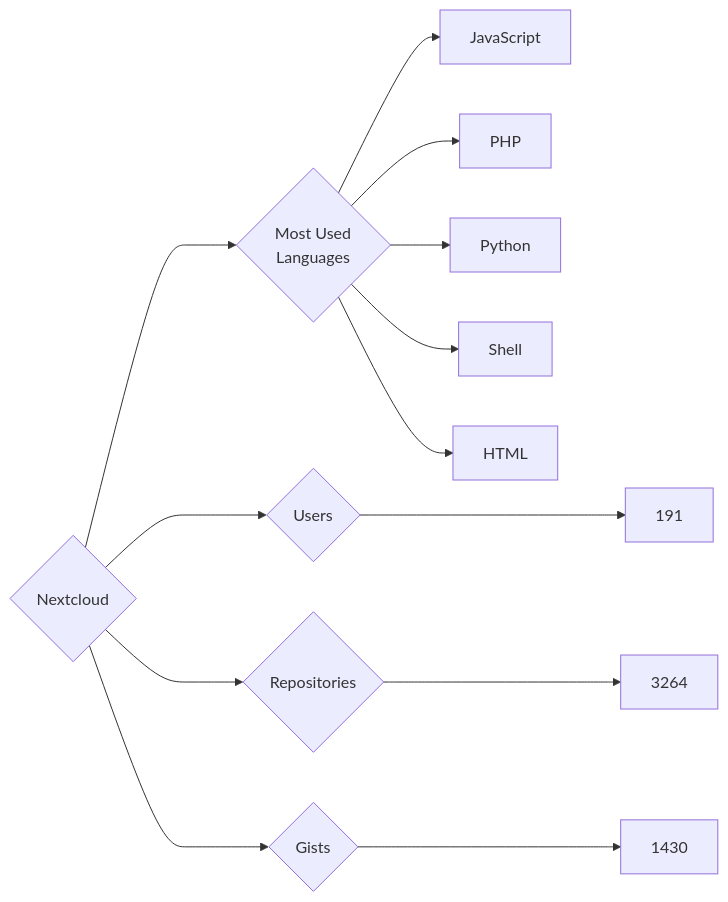
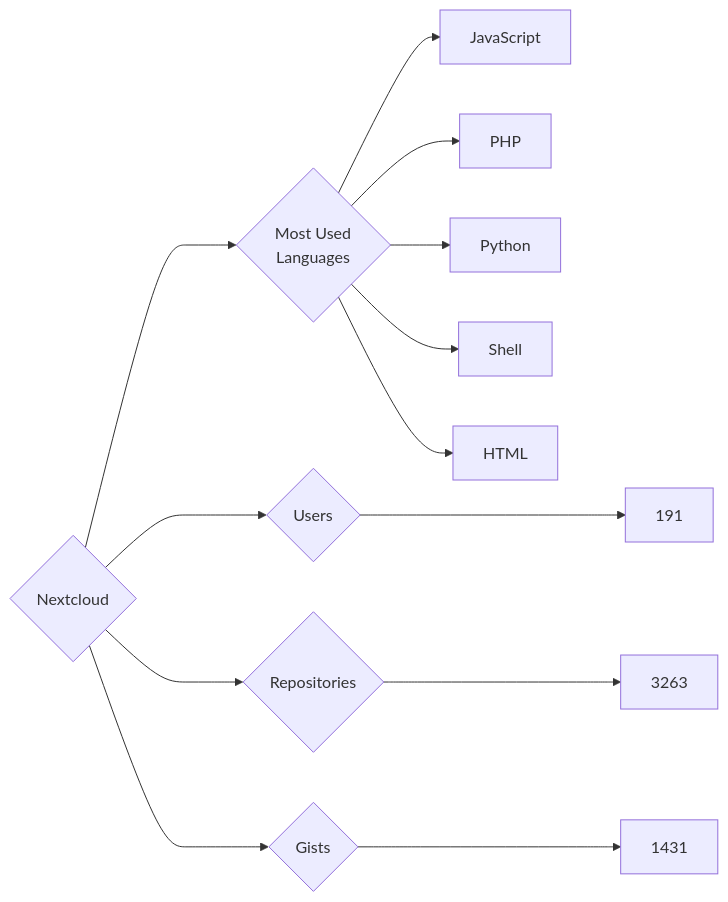
The diagram in targets/Nextcloud/README.md (trickest/insiders), drawn with Mermaid before and after one commit. The commit also changed 912 other files, not shown here.

````diff
--- a/targets/Nextcloud/README.md
+++ b/targets/Nextcloud/README.md
@@ -3,13 +3,13 @@
 ```mermaid
 graph LR
 COMPANY_NAME{Nextcloud}
 COMPANY_NAME ---> U{Users} ---> UN[191]
-COMPANY_NAME ---> R{Repositories} ---> RN[3264]
-COMPANY_NAME ---> G{Gists} ---> GN[1430]
+COMPANY_NAME ---> R{Repositories} ---> RN[3263]
+COMPANY_NAME ---> G{Gists} ---> GN[1431]
 COMPANY_NAME ---> ML{Most Used<br>Languages}
 ML --> JavaScript[JavaScript]
 ML --> PHP[PHP]
 ML --> Python[Python]
 ML --> Shell[Shell]
 ML --> HTML[HTML]
 ```
````
